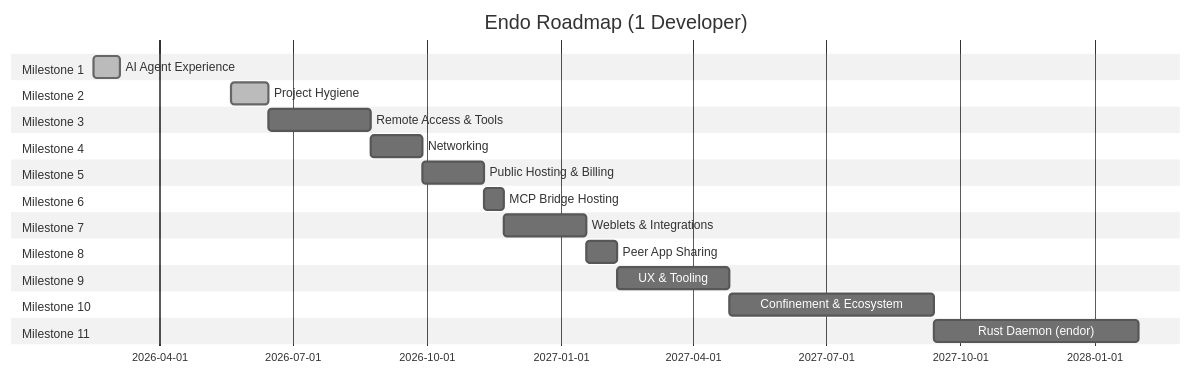
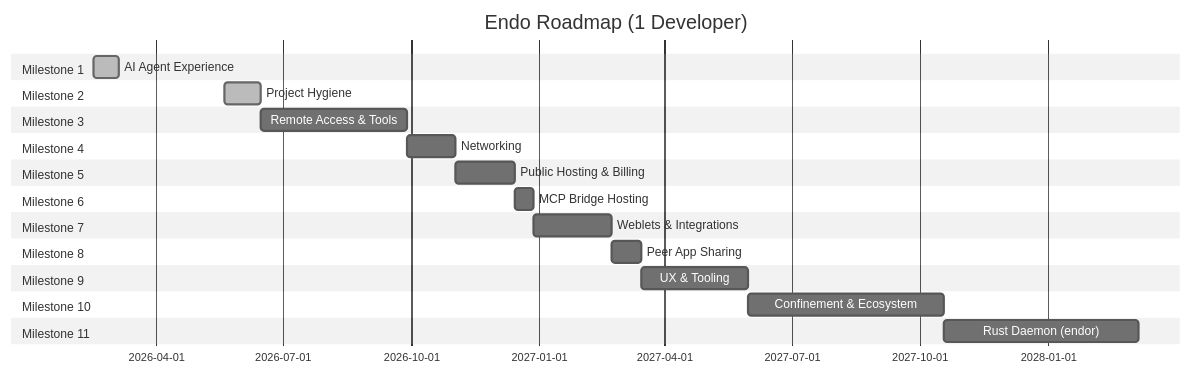
One commit to endojs/endo-but-for-bots changed the second of 2 diagrams in designs/README.md. Above: the diagram before and after it, drawn with Mermaid (neutral theme). The commit also changed other lines of this file and 1 other file, not shown here.

````diff
--- a/designs/README.md
+++ b/designs/README.md
@@ -1615,38 +1637,38 @@
 ```mermaid
 gantt
     title Endo Roadmap (1 Developer)
     dateFormat YYYY-MM-DD
 
     section Milestone 1
     AI Agent Experience           :done, m1, 2026-02-15, 2026-03-05
 
     section Milestone 2
     Project Hygiene               :done, m2, 2026-05-20, 2026-06-15
 
     section Milestone 3
-    Remote Access & Tools         :m3, after m2, 10w
+    Remote Access & Tools         :m3, after m2, 15w
 
     section Milestone 4
     Networking                    :m4, after m3, 5w
 
     section Milestone 5
     Public Hosting & Billing      :m5, after m4, 6w
 
     section Milestone 6
     MCP Bridge Hosting            :m6, after m5, 2w
 
     section Milestone 7
     Weblets & Integrations        :m7, after m6, 8w
 
     section Milestone 8
     Peer App Sharing              :m8, after m7, 3w
 
     section Milestone 9
     UX & Tooling                  :m9, after m8, 11w
 
     section Milestone 10
     Confinement & Ecosystem       :m10, after m9, 20w
 
     section Milestone 11
     Rust Daemon (endor)           :m11, after m10, 20w
 ```
````
